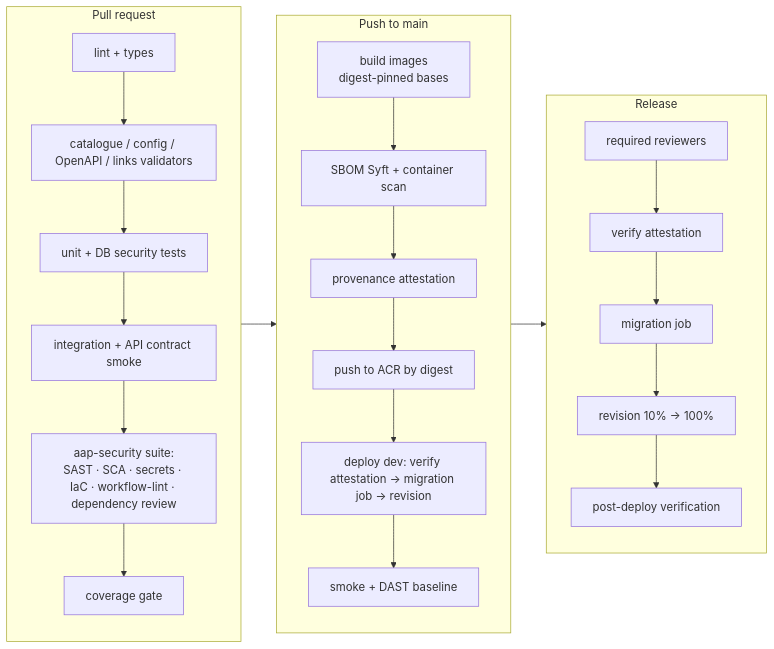
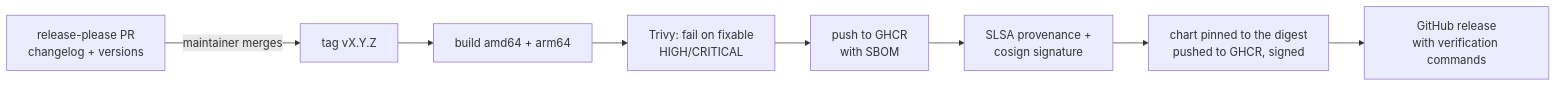
Before and after one commit to cipherfort/attestra: the diagram in docs/architecture/07-platform-cicd.md, drawn with Mermaid. The commit also changed other lines of this file and 23 other files, not shown here.

````diff
--- a/docs/architecture/07-platform-cicd.md
+++ b/docs/architecture/07-platform-cicd.md
@@ -12,22 +48,10 @@
 ```mermaid
 flowchart LR
-  subgraph PR[Pull request]
-    L[lint + types] --> V[catalogue / config / OpenAPI / links validators]
-    V --> U[unit + DB security tests]
-    U --> I[integration + API contract smoke]
-    I --> S[aap-security suite:<br/>SAST · SCA · secrets · IaC · workflow-lint · dependency review]
-    S --> C[coverage gate]
-  end
-  subgraph Main[Push to main]
-    B[build images<br/>digest-pinned bases] --> SB[SBOM Syft + container scan]
-    SB --> P[provenance attestation]
-    P --> PUSH[push to ACR by digest]
-    PUSH --> DEV[deploy dev: verify attestation → migration job → revision]
-    DEV --> SMK[smoke + DAST baseline]
-  end
-  subgraph Prod[Release]
-    APP[required reviewers] --> VER[verify attestation]
-    VER --> MIG[migration job] --> CAN[revision 10% → 100%] --> PDV[post-deploy verification]
-  end
-  PR --> Main --> Prod
+  RP[release-please PR<br/>changelog + versions] -->|maintainer merges| TAG[tag vX.Y.Z]
+  TAG --> B[build amd64 + arm64]
+  B --> S[Trivy: fail on fixable<br/>HIGH/CRITICAL]
+  S --> P[push to GHCR<br/>with SBOM]
+  P --> A[SLSA provenance +<br/>cosign signature]
+  A --> C[chart pinned to the digest<br/>pushed to GHCR, signed]
+  C --> R[GitHub release<br/>with verification commands]
 ```
````
